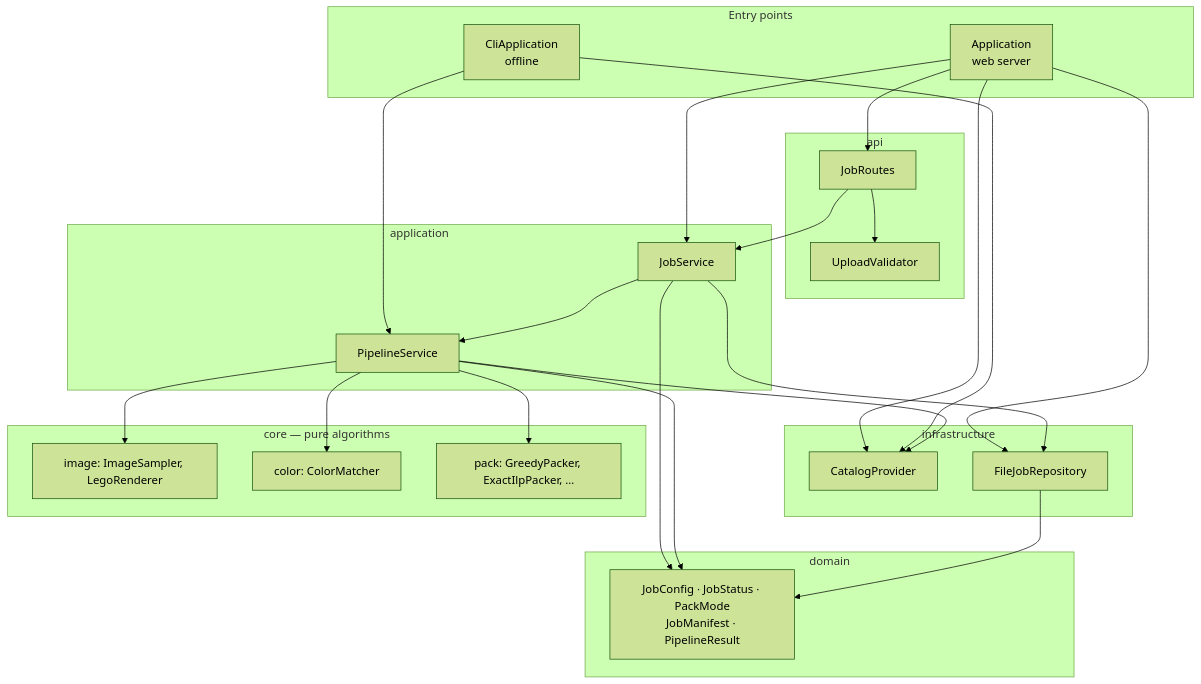
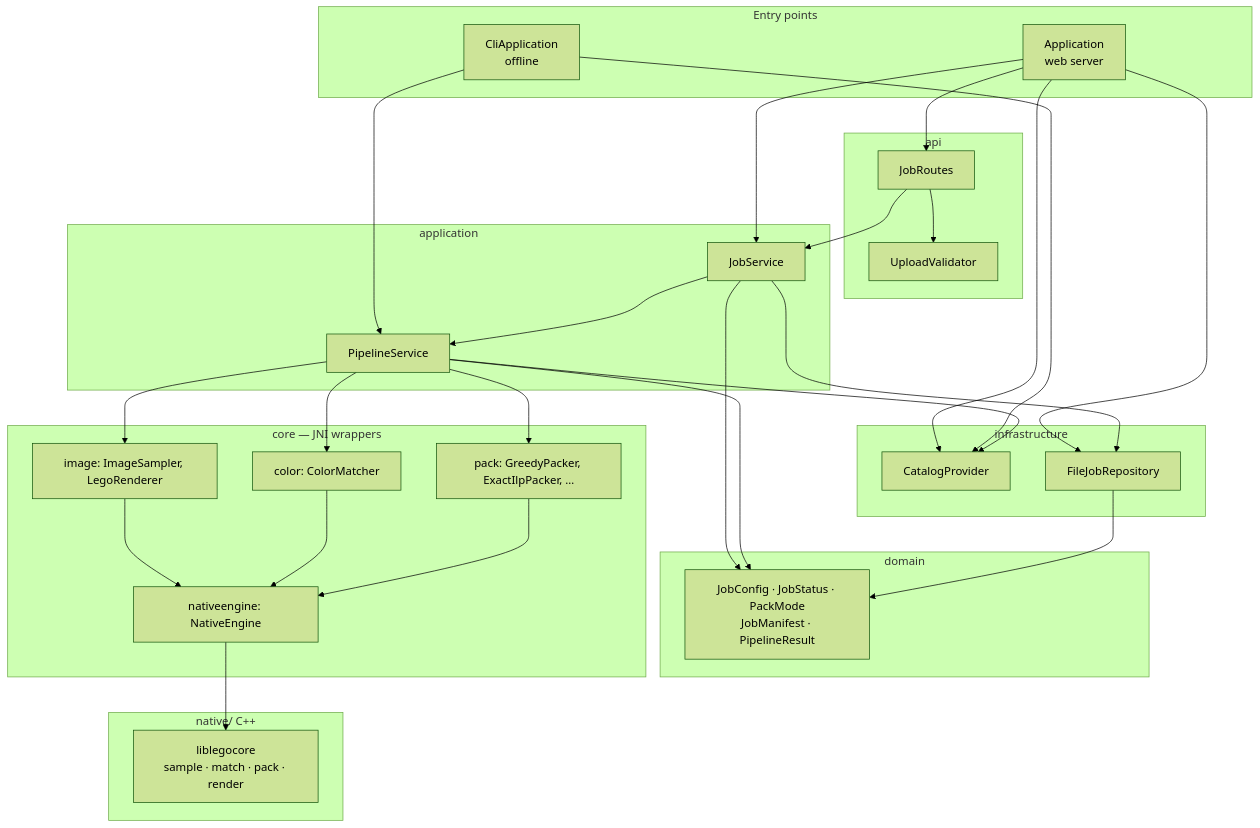
The third of 7 diagrams in ARCHITECTURE.md (WesJennings/LegoPictureGenerator), drawn with Mermaid (forest theme) before and after one commit. The commit also changed other lines of this file and 44 other files, not shown here.

First line of the commit message:
Port mosaic engine to C++ behind JNI

````diff
--- a/ARCHITECTURE.md
+++ b/ARCHITECTURE.md
@@ -64,50 +69,59 @@
 ```mermaid
 flowchart TB
   subgraph entry["Entry points"]
     App["Application<br/>web server"]
     Cli["CliApplication<br/>offline"]
   end
 
   subgraph api_layer["api"]
     Routes["JobRoutes"]
     Upload["UploadValidator"]
   end
 
   subgraph app_layer["application"]
     JobSvc["JobService"]
     PipeSvc["PipelineService"]
   end
 
   subgraph infra["infrastructure"]
     Catalog["CatalogProvider"]
     Repo["FileJobRepository"]
   end
 
   subgraph domain_layer["domain"]
     Types["JobConfig · JobStatus · PackMode<br/>JobManifest · PipelineResult"]
   end
 
-  subgraph core_layer["core — pure algorithms"]
+  subgraph core_layer["core — JNI wrappers"]
     Image["image: ImageSampler, LegoRenderer"]
     Color["color: ColorMatcher"]
     Pack["pack: GreedyPacker, ExactIlpPacker, …"]
+    Native["nativeengine: NativeEngine"]
+  end
+
+  subgraph cpp["native/ C++"]
+    Cpp["liblegocore<br/>sample · match · pack · render"]
   end
 
   App --> Routes
   App --> JobSvc
   App --> Catalog
   App --> Repo
   Cli --> PipeSvc
   Cli --> Catalog
   Routes --> JobSvc
   Routes --> Upload
   JobSvc --> PipeSvc
   JobSvc --> Repo
   PipeSvc --> Catalog
   PipeSvc --> Image
   PipeSvc --> Color
   PipeSvc --> Pack
+  Image --> Native
+  Color --> Native
+  Pack --> Native
+  Native --> Cpp
   JobSvc --> Types
   PipeSvc --> Types
   Repo --> Types
 ```
````
